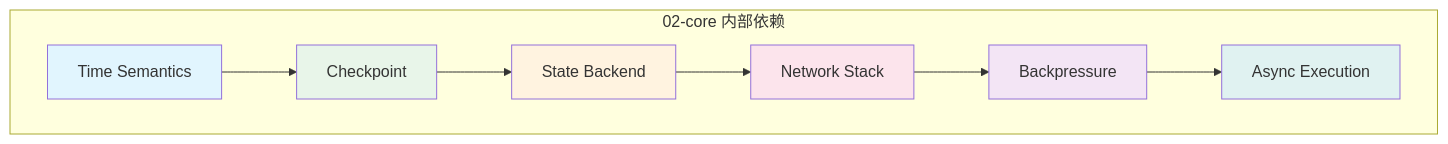
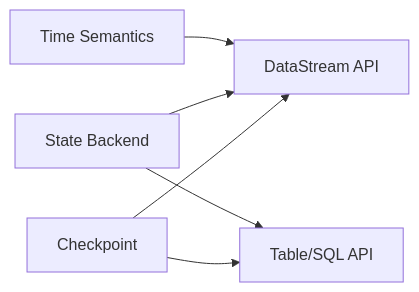
One commit to AdaMartin18010/AnalysisDataFlow changed the first of 5 diagrams in i18n/en/Flink/00-FLINK-TECH-STACK-DEPENDENCY.md. Above: the diagram before and after it, drawn with Mermaid. The commit also changed other lines of this file and 210 other files, not shown here.

````diff
--- a/i18n/en/Flink/00-FLINK-TECH-STACK-DEPENDENCY.md
+++ b/i18n/en/Flink/00-FLINK-TECH-STACK-DEPENDENCY.md
@@ -294,17 +142,8 @@
 ```mermaid
-graph TB
-    subgraph CoreInternal["02-core 内部依赖"]
-        T[Time Semantics] --> C[Checkpoint]
-        C --> S[State Backend]
-        S --> N[Network Stack]
-        N --> B[Backpressure]
-        B --> A[Async Execution]
-    end
-
-    style T fill:#e1f5fe
-    style C fill:#e8f5e9
-    style S fill:#fff3e0
-    style N fill:#fce4ec
-    style B fill:#f3e5f5
-    style A fill:#e0f2f1
+graph LR
+    C1[Checkpoint] --> A1[DataStream API]
+    C2[State Backend] --> A1
+    C3[Time Semantics] --> A1
+    C1 --> A2[Table/SQL API]
+    C2 --> A2
 ```
````
